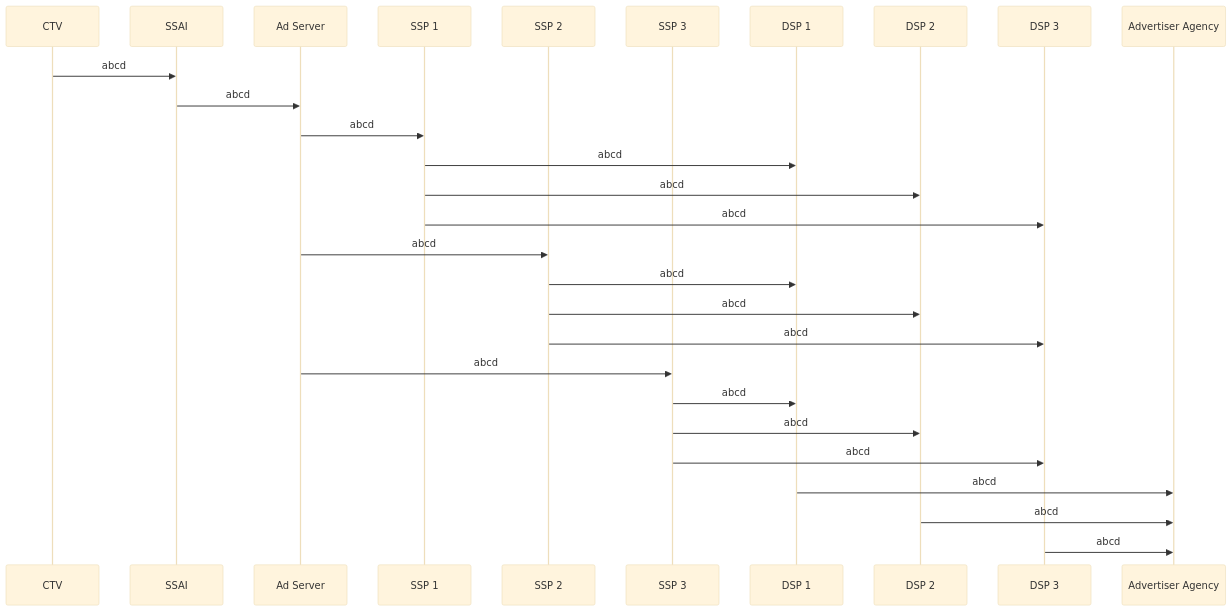
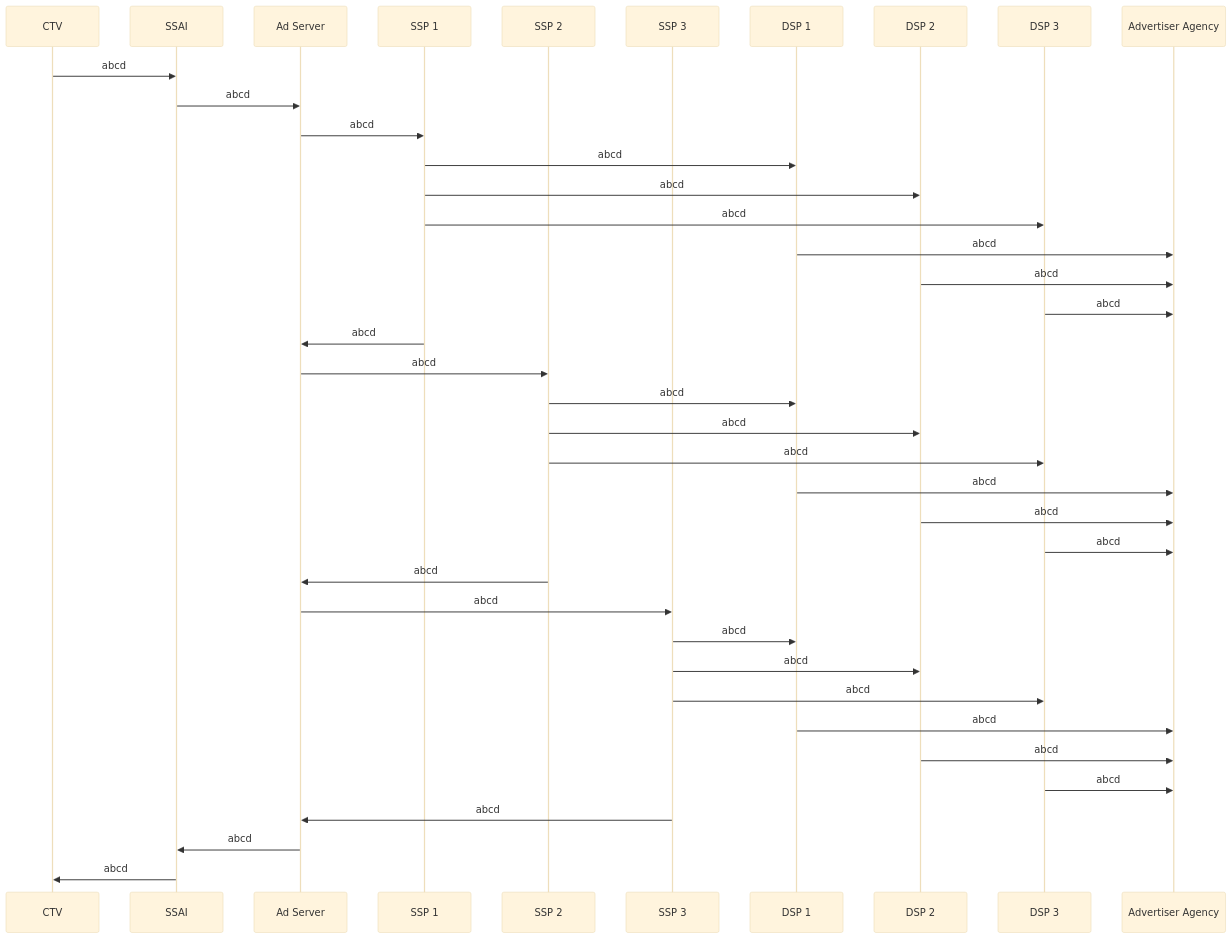
The diagram in CTV/101.md (pm-harshad-mane/Diagrams), drawn with Mermaid before and after one commit.

````diff
--- a/CTV/101.md
+++ b/CTV/101.md
@@ -1,38 +1,49 @@
 ```mermaid
 %%{init: {'theme': 'base', 'themeVariables': { 'participantBkgColor': '#f0f0f0', 'participantBorderColor': '#000000' }}}%%
 sequenceDiagram
 
 participant CTV
 participant SSAI
 participant ADS as Ad Server
 participant SSP1 as SSP 1
 participant SSP2 as SSP 2
 participant SSP3 as SSP 3
 participant DSP1 as DSP 1
 participant DSP2 as DSP 2
 participant DSP3 as DSP 3
 participant ADV as Advertiser Agency
 
 
 CTV->>SSAI: abcd
 SSAI->>ADS: abcd
 
 ADS->>SSP1: abcd
 SSP1->>DSP1: abcd
 SSP1->>DSP2: abcd
 SSP1->>DSP3: abcd
+DSP1->>ADV: abcd
+DSP2->>ADV: abcd
+DSP3->>ADV: abcd
+SSP1->>ADS: abcd
 
 ADS->>SSP2: abcd
 SSP2->>DSP1: abcd
 SSP2->>DSP2: abcd
 SSP2->>DSP3: abcd
+DSP1->>ADV: abcd
+DSP2->>ADV: abcd
+DSP3->>ADV: abcd
+SSP2->>ADS: abcd
 
 ADS->>SSP3: abcd
 SSP3->>DSP1: abcd
 SSP3->>DSP2: abcd
 SSP3->>DSP3: abcd
-
 DSP1->>ADV: abcd
 DSP2->>ADV: abcd
 DSP3->>ADV: abcd
+SSP3->>ADS: abcd
+
+ADS->>SSAI: abcd
+SSAI->>CTV: abcd
 ```
````
